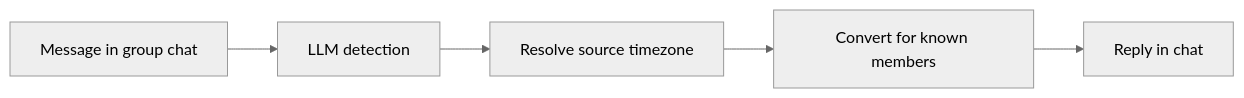
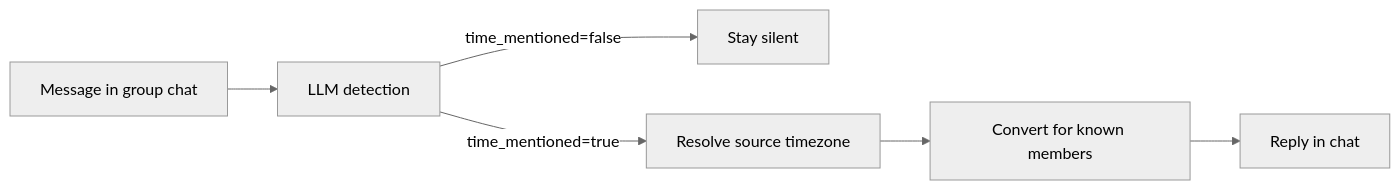
The diagram in README.md (antlbn/Timezone_bot), drawn with Mermaid (neutral theme) before and after one commit. The commit also changed other lines of this file and 8 other files, not shown here.

Commit message:
refactor: update documentation and schema to support AM/PM ambiguity handling, inline response styling, and refined storage configurations

````diff
--- a/README.md
+++ b/README.md
@@ -28,7 +67,8 @@
 ```mermaid
 flowchart LR
     A[Message in group chat] --> B[LLM detection]
-    B --> C[Resolve source timezone]
+    B -->|time_mentioned=false| S[Stay silent]
+    B -->|time_mentioned=true| C[Resolve source timezone]
     C --> D[Convert for known members]
     D --> E[Reply in chat]
 ```
````
